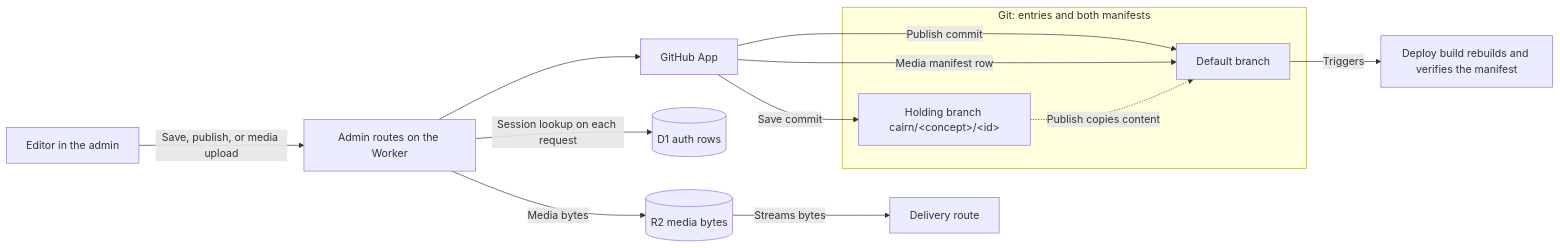
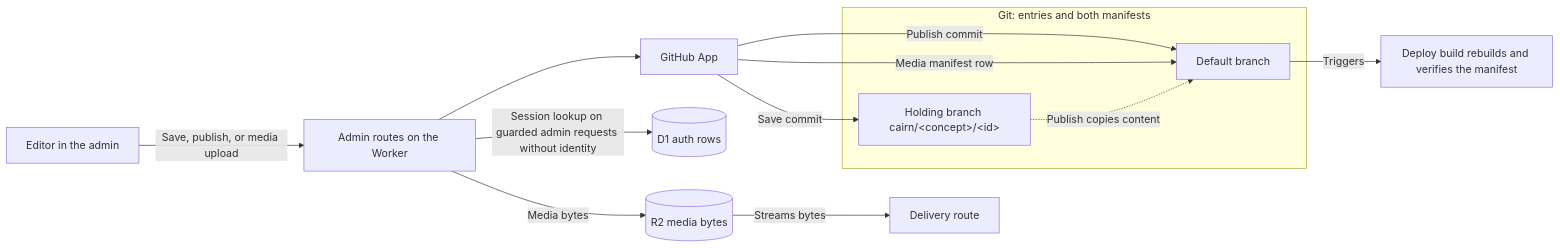
One commit to glw907/cairn-cms changed the diagram in docs/extend/architecture.md. Above: the diagram before and after it, drawn with Mermaid. The commit also changed 3 other files, not shown here.

Commit message:
Finish the Architecture page and sync its blueprint to the settled page

````diff
--- a/docs/extend/architecture.md
+++ b/docs/extend/architecture.md
@@ -186,26 +186,26 @@
 ```mermaid
 flowchart LR
   accTitle: Diagram of the write path and the three data tiers, showing which admin action reaches git, D1, or R2
-  accDescr: An editor's save, publish, or media upload reaches the admin routes on the Worker, whose guard looks up the session row in D1 on each request. The routes commit through the GitHub App, a save to the holding branch cairn/concept/id and a publish or a media manifest row to the default branch, a publish copying the holding branch's content. A media upload also stores its bytes in R2. The publish commit triggers the deploy, whose build rebuilds and verifies the content manifest, and the delivery route streams media bytes from R2.
+  accDescr: An editor's save, publish, or media upload reaches the admin routes on the Worker, whose guard looks up the session row in D1 on each guarded admin request when no identity option is set. The routes commit through the GitHub App, a save to the holding branch cairn/concept/id and a publish or a media manifest row to the default branch, a publish copying the holding branch's content. A media upload also stores its bytes in R2. The publish commit triggers the deploy, whose build rebuilds and verifies the content manifest, and the delivery route streams media bytes from R2.
   editor[Editor in the admin]
   worker[Admin routes on the Worker]
   app[GitHub App]
   subgraph git[Git: entries and both manifests]
     hold["Holding branch cairn/#lt;concept#gt;/#lt;id#gt;"]
     main[Default branch]
   end
   d1[("D1 auth rows")]
   r2[("R2 media bytes")]
   build["Deploy build rebuilds and verifies the manifest"]
   delivery[Delivery route]
   editor -->|Save, publish, or media upload| worker
-  worker -->|Session lookup on each request| d1
+  worker -->|Session lookup on guarded admin requests without identity| d1
   worker -->|Media bytes| r2
   worker --> app
   app -->|Save commit| hold
   app -->|Publish commit| main
   app -->|Media manifest row| main
   hold -.->|Publish copies content| main
   main -->|Triggers| build
   r2 -->|Streams bytes| delivery
 ```
````
